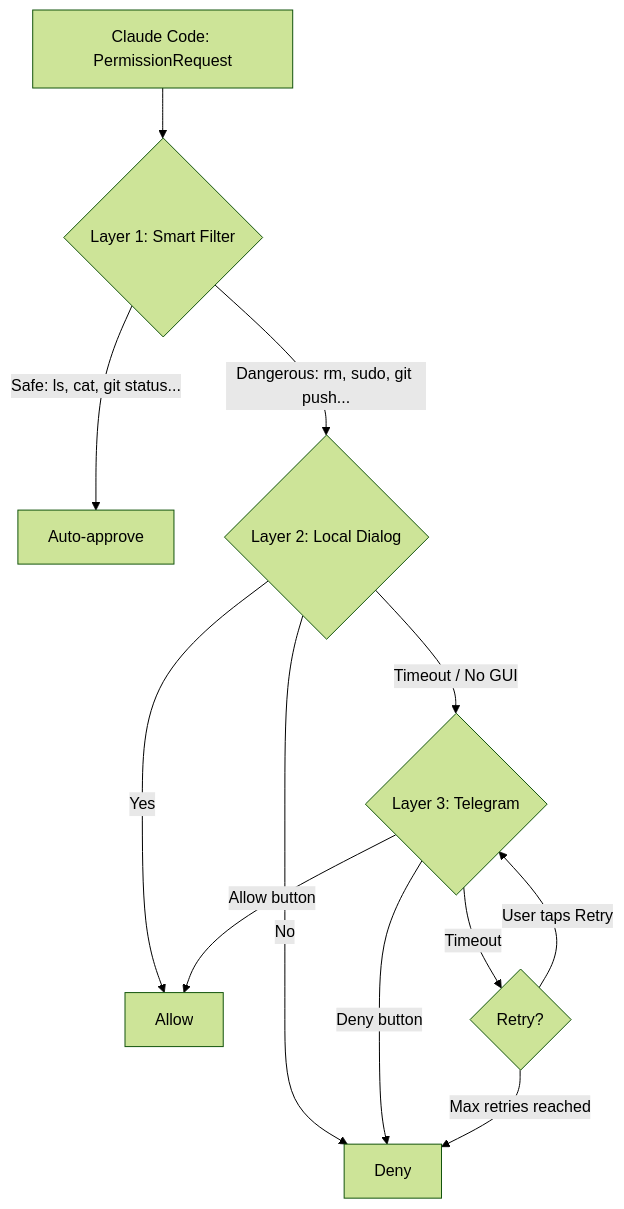
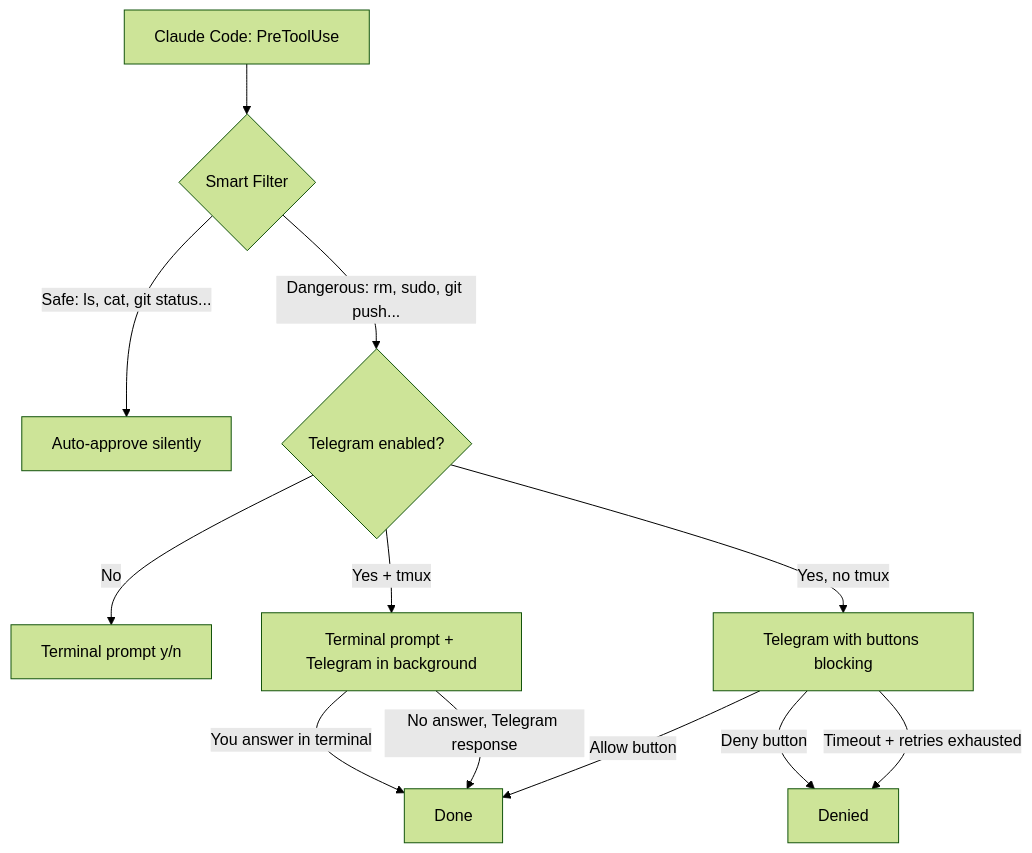
Before and after one commit to webcomunicasolutions/claude-telegram-hook: the diagram in README.md, drawn with Mermaid (forest theme). The commit also changed other lines of this file and 4 other files, not shown here.

````diff
--- a/README.md
+++ b/README.md
@@ -219,14 +196,14 @@
 ```mermaid
 flowchart TD
-    A[Claude Code: PermissionRequest] --> B{Layer 1: Smart Filter}
-    B -->|Safe: ls, cat, git status...| C[Auto-approve]
-    B -->|Dangerous: rm, sudo, git push...| D{Layer 2: Local Dialog}
-    D -->|Yes| E[Allow]
-    D -->|No| F[Deny]
-    D -->|Timeout / No GUI| G{Layer 3: Telegram}
-    G -->|Allow button| E
-    G -->|Deny button| F
-    G -->|Timeout| H{Retry?}
-    H -->|User taps Retry| G
-    H -->|Max retries reached| F
+    A[Claude Code: PreToolUse] --> B{Smart Filter}
+    B -->|Safe: ls, cat, git status...| C[Auto-approve silently]
+    B -->|Dangerous: rm, sudo, git push...| D{Telegram enabled?}
+    D -->|No| E[Terminal prompt y/n]
+    D -->|Yes + tmux| F[Terminal prompt + Telegram in background]
+    D -->|Yes, no tmux| G[Telegram with buttons blocking]
+    F -->|You answer in terminal| H[Done]
+    F -->|No answer, Telegram response| H
+    G -->|Allow button| H
+    G -->|Deny button| I[Denied]
+    G -->|Timeout + retries exhausted| I
 ```
````
